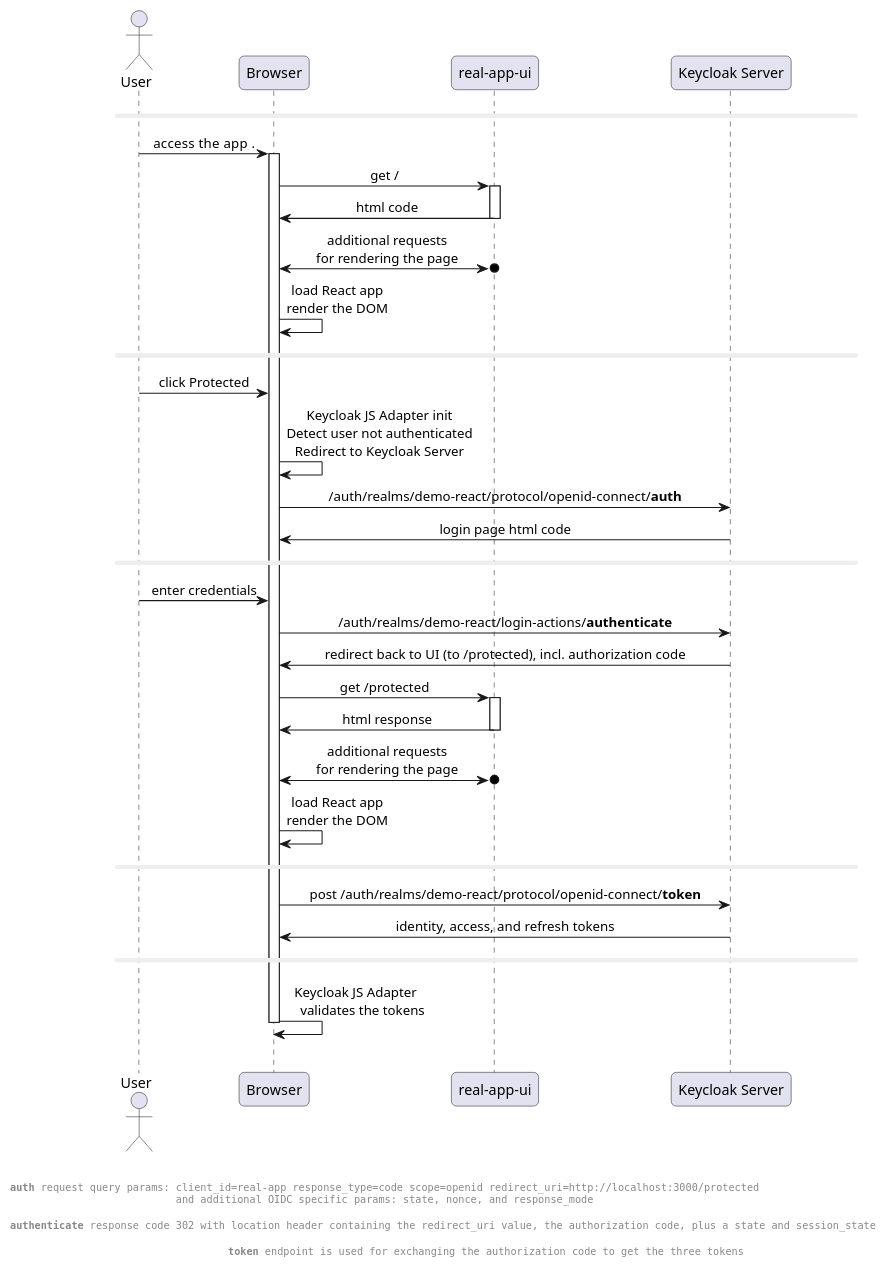
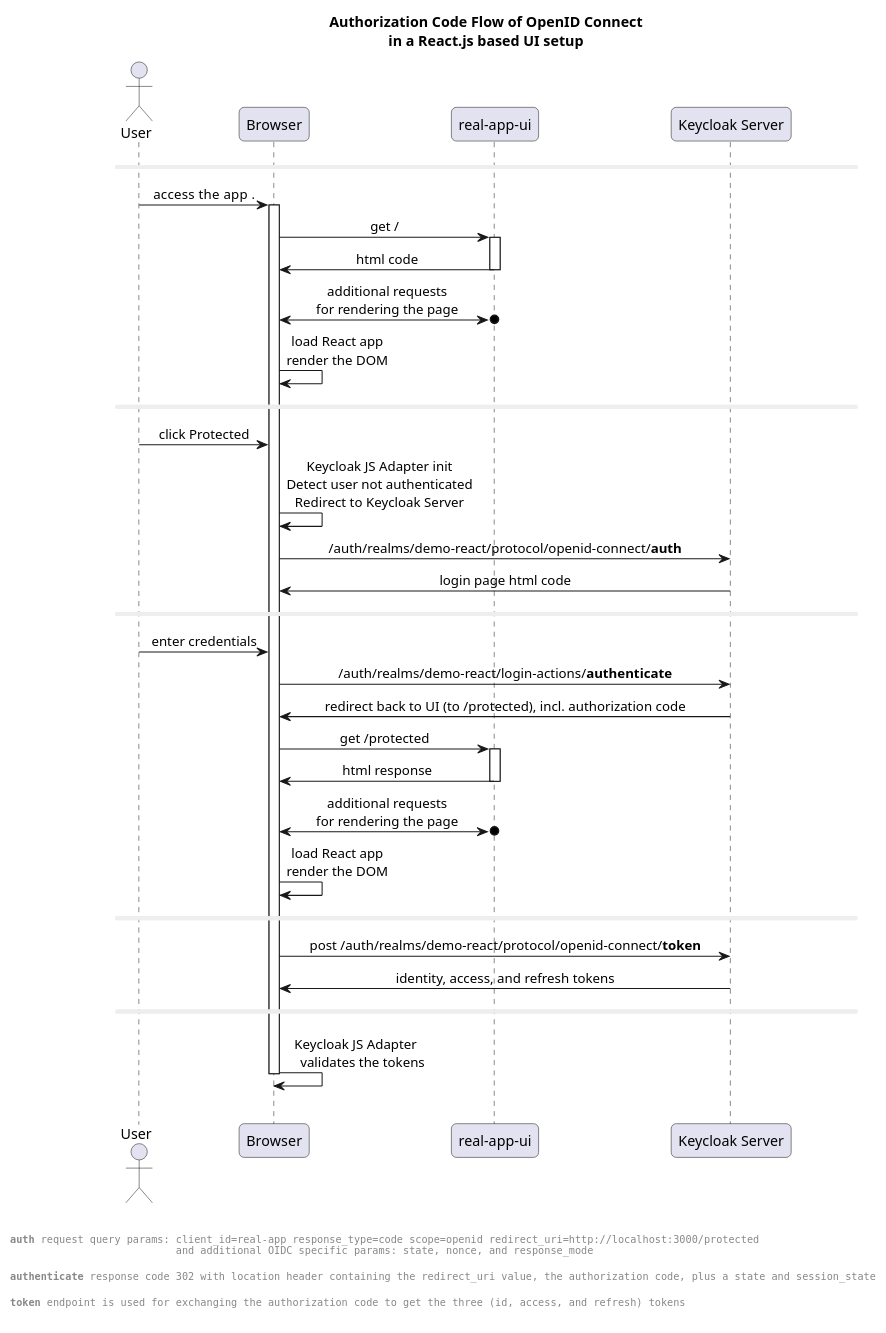
The diagram in real-app-ui/docs/real-app-ui_oidc-acf.puml (dxps/keycloak-playground), drawn with PlantUML before and after one commit. The commit also changed 1 other file, not shown here.

Commit message:
real-app-ui - sequence diag small updates

```diff
--- a/real-app-ui/docs/real-app-ui_oidc-acf.puml
+++ b/real-app-ui/docs/real-app-ui_oidc-acf.puml
@@ -1,70 +1,75 @@
 @startuml
 
 skinparam roundcorner 10
 skinparam shadowing false
 skinparam ParticipantPadding 60
 skinparam Sequence {
   DividerBorderColor #eee
   MessageAlignment center
 }
+
+title
+Authorization Code Flow of OpenID Connect
+in a React.js based UI setup
+endtitle
 
 actor User as user
 participant Browser as browser
 participant "real-app-ui" as ui
 participant "Keycloak Server" as kc
 
 == ==
 
 user -> browser: access the app  .
 activate browser
 browser -> ui: get /
 activate ui
 ui -> browser: html code
 deactivate ui
 
 browser <->o ui:  additional requests\nfor rendering the page
 browser -> browser: load React app\nrender the DOM
 
 == ==
 
 user -> browser: click Protected
 browser -> browser: Keycloak JS Adapter init\nDetect user not authenticated\nRedirect to Keycloak Server
 
 browser -> kc: /auth/realms/demo-react/protocol/openid-connect/<b>auth</b>
 kc -> browser: login page html code
 
 == ==
 
 user -> browser: enter credentials
 browser -> kc: /auth/realms/demo-react/login-actions/<b>authenticate</b>
 kc -> browser: redirect back to UI (to /protected), incl. authorization code
 browser -> ui: get /protected
 activate ui
 ui -> browser: html response
 deactivate ui
 browser <->o ui:  additional requests\nfor rendering the page
 browser -> browser: load React app\nrender the DOM
 
 == ==
 
 browser -> kc: post /auth/realms/demo-react/protocol/openid-connect/<b>token</b>
 kc -> browser: identity, access, and refresh tokens
 
 == ==
 
 browser -> browser: Keycloak JS Adapter\n    validates the tokens
 deactivate browser
 
 footer
 
 
 ""<b>auth</b> request query params: client_id=real-app response_type=code scope=openid redirect_uri=http://localhost:3000/protected                                 ""
 ""and additional OIDC specific params: state, nonce, and response_mode                                 ""
 
 ""<b>authenticate</b> response code 302 with location header containing the redirect_uri value, the authorization code, plus a state and session_state              ""
 
-""<b>token</b> endpoint is used for exchanging the authorization code to get the three tokens""
+""<b>token</b> endpoint is used for exchanging the authorization code to get the three (id, access, and refresh) tokens                                             ""
 
 endfooter
 |||
 @enduml
```
